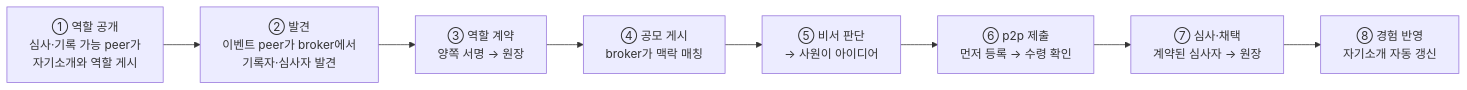
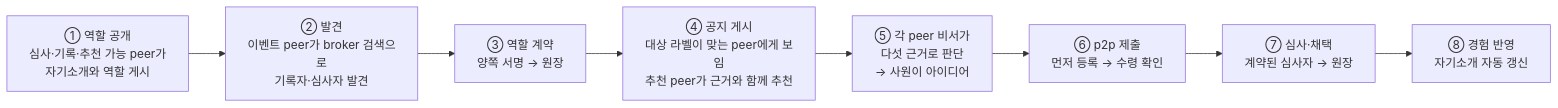
Before and after one commit to tanminkwan/share-ur-tokens: the diagram in docs/hackathon-proposal.md, drawn with Mermaid. The commit also changed other lines of this file and 11 other files, not shown here.

````diff
--- a/docs/hackathon-proposal.md
+++ b/docs/hackathon-proposal.md
@@ -72,10 +87,10 @@
 ```mermaid
 flowchart LR
-    S["① 역할 공개<br/>심사·기록 가능 peer가<br/>자기소개와 역할 게시"] --> F["② 발견<br/>이벤트 peer가 broker에서<br/>기록자·심사자 발견"]
+    S["① 역할 공개<br/>심사·기록·추천 가능 peer가<br/>자기소개와 역할 게시"] --> F["② 발견<br/>이벤트 peer가 broker 검색으로<br/>기록자·심사자 발견"]
     F --> K["③ 역할 계약<br/>양쪽 서명 → 원장"]
-    K --> C["④ 공모 게시<br/>broker가 맥락 매칭"]
-    C --> J["⑤ 비서 판단<br/>→ 사원이 아이디어"]
+    K --> C["④ 공지 게시<br/>대상 라벨이 맞는 peer에게 보임<br/>추천 peer가 근거와 함께 추천"]
+    C --> J["⑤ 각 peer 비서가<br/>다섯 근거로 판단<br/>→ 사원이 아이디어"]
     J --> P["⑥ p2p 제출<br/>먼저 등록 → 수령 확인"]
     P --> V["⑦ 심사·채택<br/>계약된 심사자 → 원장"]
     V --> U["⑧ 경험 반영<br/>자기소개 자동 갱신"]
 ```
````
